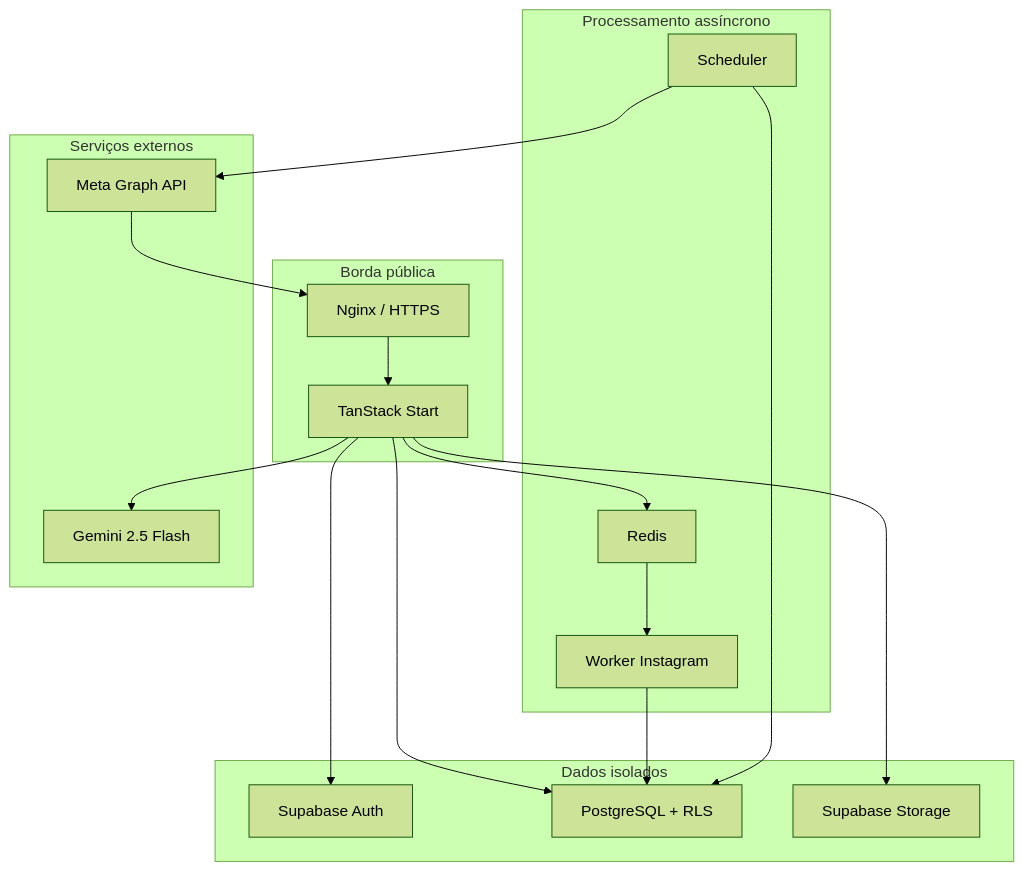
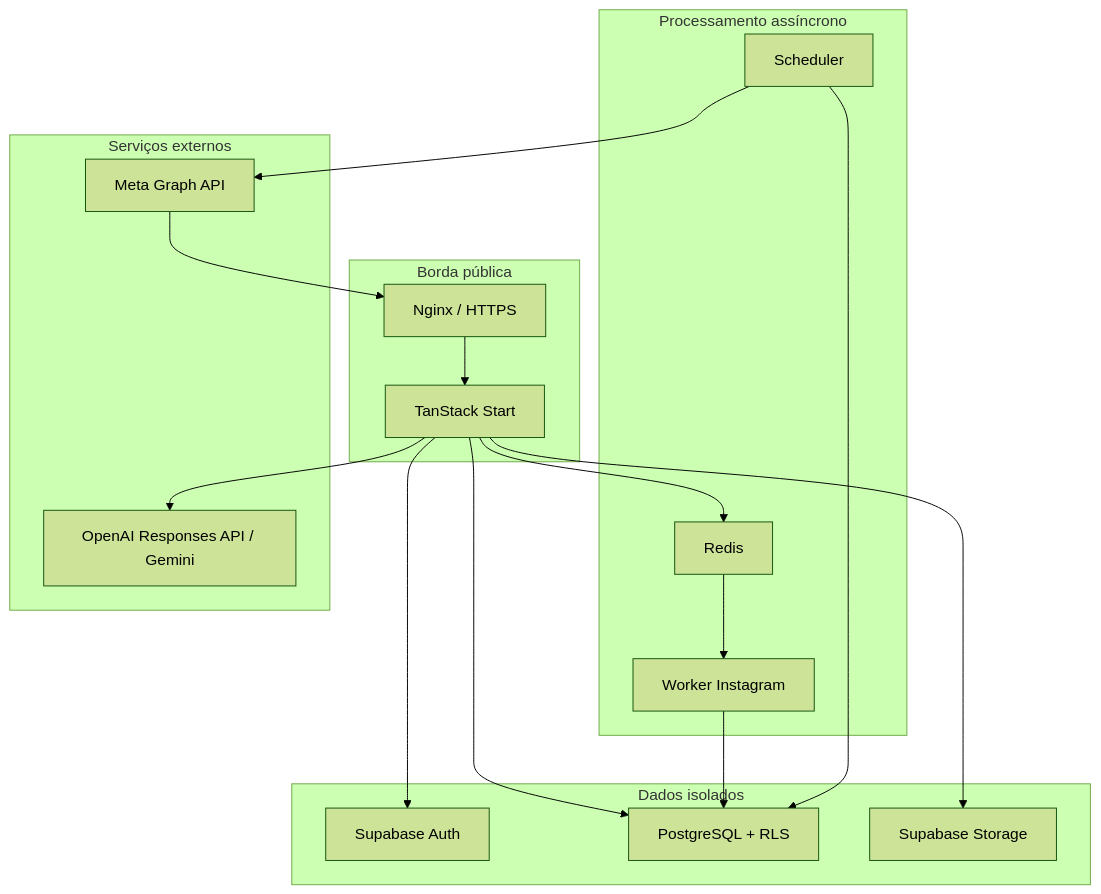
One commit to ShunWalChin/WalChat changed the first of 2 diagrams in docs/ARQUITETURA.md. Above: the diagram before and after it, drawn with Mermaid (forest theme). The commit also changed other lines of this file and 52 other files, not shown here.

````diff
--- a/docs/ARQUITETURA.md
+++ b/docs/ARQUITETURA.md
@@ -9,33 +9,33 @@
 ```mermaid
 flowchart TB
     subgraph Publico["Borda pública"]
       Nginx["Nginx / HTTPS"]
       App["TanStack Start"]
     end
     subgraph Async["Processamento assíncrono"]
       Redis["Redis"]
       WebhookWorker["Worker Instagram"]
       Scheduler["Scheduler"]
     end
     subgraph Dados["Dados isolados"]
       Auth["Supabase Auth"]
       DB["PostgreSQL + RLS"]
       Storage["Supabase Storage"]
     end
     subgraph Externos["Serviços externos"]
       Meta["Meta Graph API"]
-      Gemini["Gemini 2.5 Flash"]
+      AI["OpenAI Responses API / Gemini"]
     end
 
     Nginx --> App
     App --> Auth
     App --> DB
-    App --> Gemini
+    App --> AI
     Meta --> Nginx
     App --> Redis
     Redis --> WebhookWorker
     WebhookWorker --> DB
     Scheduler --> DB
     Scheduler --> Meta
     App --> Storage
 ```
````
